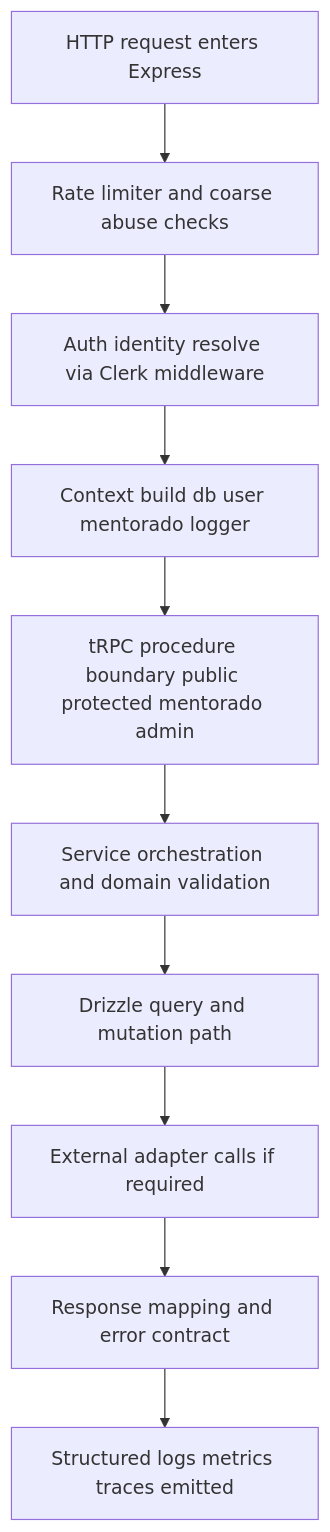
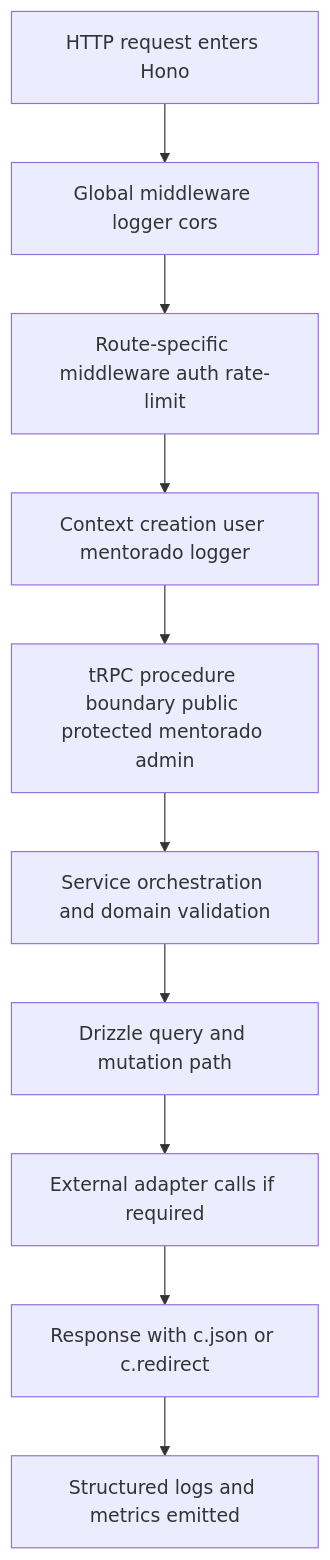
The first of 4 diagrams in .agent/skills/backend-design/references/request-lifecycle.md (GrupoUS/gpus), drawn with Mermaid before and after one commit. The commit also changed other lines of this file and 155 other files, not shown here.

````diff
--- a/.agent/skills/backend-design/references/request-lifecycle.md
+++ b/.agent/skills/backend-design/references/request-lifecycle.md
@@ -7,12 +7,12 @@
 ```mermaid
 flowchart TD
-    A[HTTP request enters Express] --> B[Rate limiter and coarse abuse checks]
-    B --> C[Auth identity resolve via Clerk middleware]
-    C --> D[Context build db user mentorado logger]
+    A[HTTP request enters Hono] --> B[Global middleware logger cors]
+    B --> C[Route-specific middleware auth rate-limit]
+    C --> D[Context creation user mentorado logger]
     D --> E[tRPC procedure boundary public protected mentorado admin]
     E --> F[Service orchestration and domain validation]
     F --> G[Drizzle query and mutation path]
     G --> H[External adapter calls if required]
-    H --> I[Response mapping and error contract]
-    I --> J[Structured logs metrics traces emitted]
+    H --> I[Response with c.json or c.redirect]
+    I --> J[Structured logs and metrics emitted]
 ```
````
